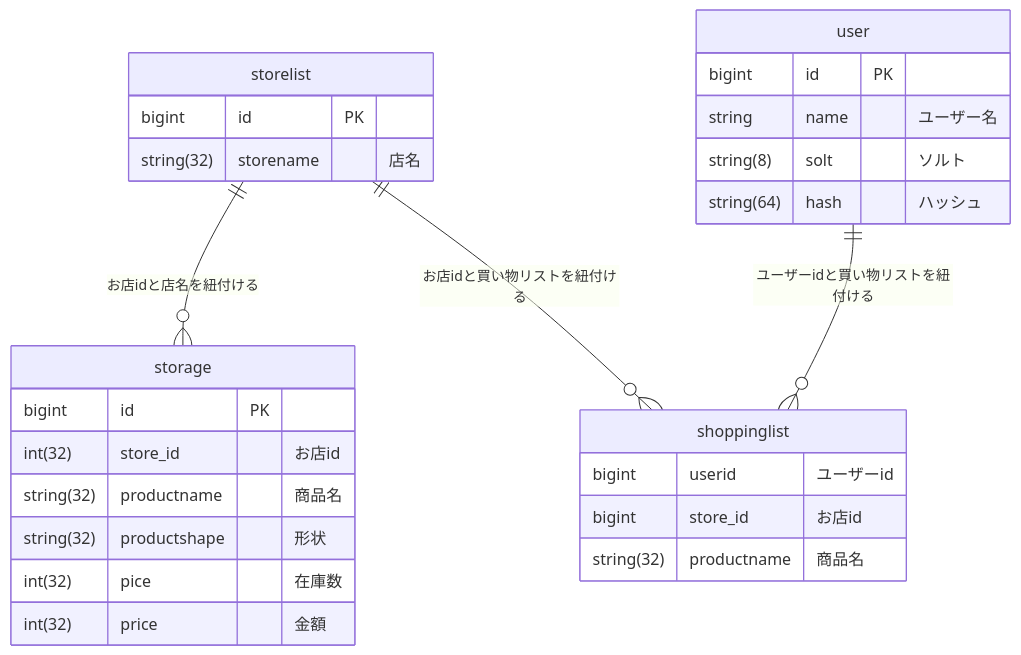
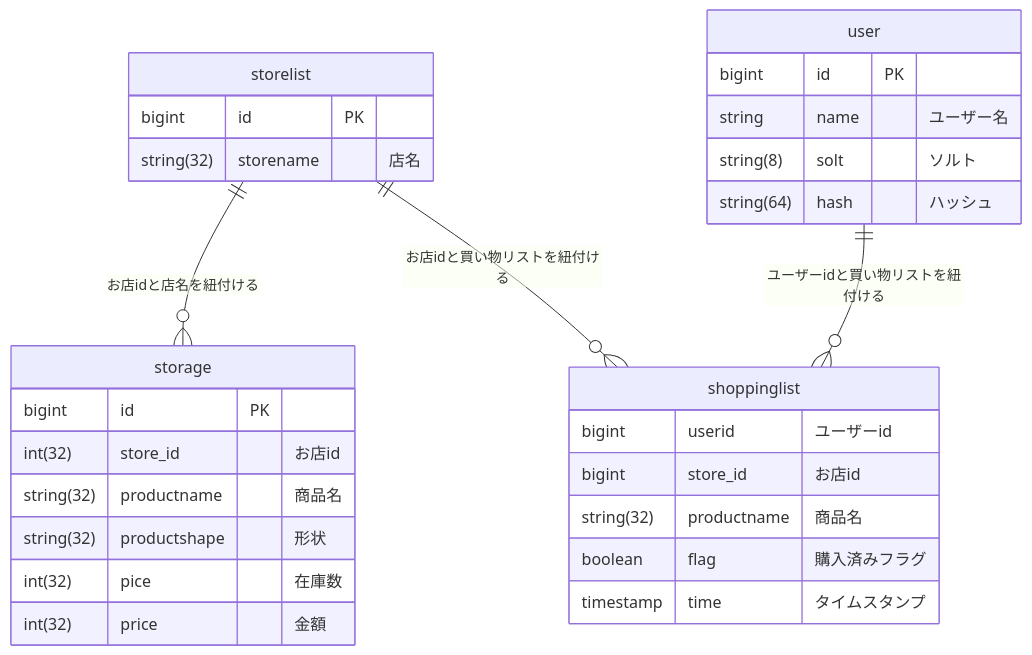
Before and after one commit to naoya84/yaoya_kandabashi: the third of 3 diagrams in README.md, drawn with Mermaid.

Commit message:
change: 11/28 AM

````diff
--- a/README.md
+++ b/README.md
@@ -66,34 +66,36 @@
 ```mermaid
 erDiagram
   storelist ||--o{ storage: "お店idと店名を紐付ける"
   user ||--o{ shoppinglist: "ユーザーidと買い物リストを紐付ける"
   storelist ||--o{ shoppinglist: "お店idと買い物リストを紐付ける"
 
     user {
       bigint id PK
       string name "ユーザー名"
       string(8) solt "ソルト"
       string(64) hash "ハッシュ"
     }
 
     storelist {
       bigint id PK
       string(32) storename "店名"
     }
 
     storage {
       bigint id PK
       int(32) store_id "お店id"
       string(32) productname "商品名"
       string(32) productshape "形状"
       int(32) pice "在庫数"
       int(32) price "金額"
     }
 
     shoppinglist {
       bigint userid "ユーザーid"
       bigint store_id "お店id"
       string(32) productname "商品名"
+      boolean flag "購入済みフラグ"
+      timestamp time "タイムスタンプ"
     }
 
 ```
````
